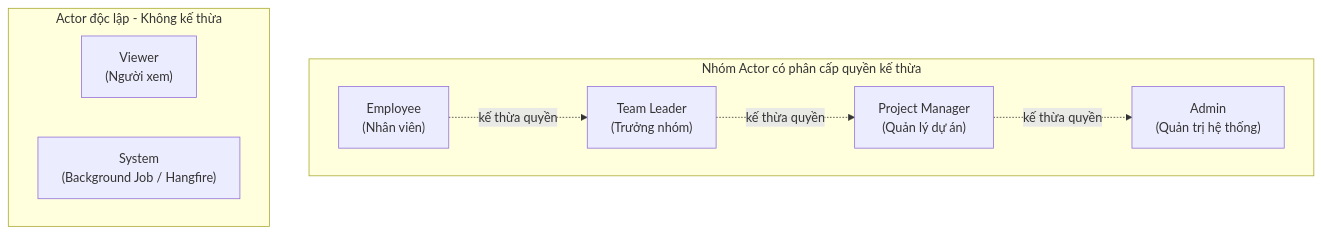
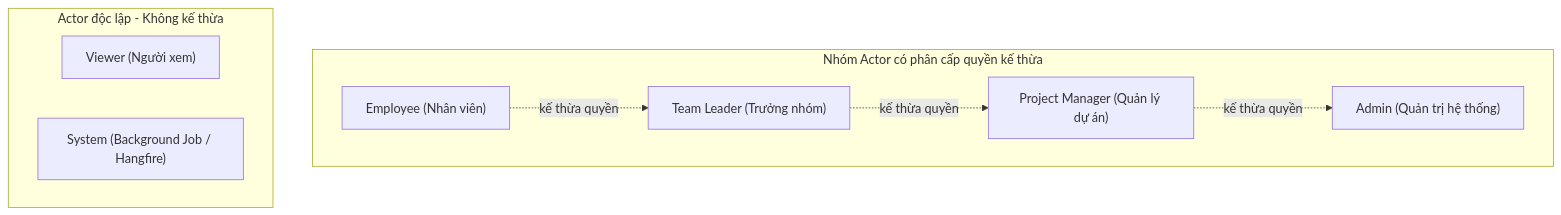
The first of 12 diagrams in document/Design_Diagrams.md (anhhthuu2404/task-management), drawn with Mermaid before and after one commit. The commit also changed other lines of this file and 6 other files, not shown here.

Commit message:
Update design diagrams and clean up old document files

````diff
--- a/document/Design_Diagrams.md
+++ b/document/Design_Diagrams.md
@@ -54,20 +57,20 @@
 ```mermaid
 flowchart TD
-    subgraph HumanActors [Nhóm Actor có phân cấp quyền kế thừa]
+    subgraph HumanActors ["Nhóm Actor có phân cấp quyền kế thừa"]
         direction LR
-        Employee["Employee<br/>(Nhân viên)"]
-        TeamLeader["Team Leader<br/>(Trưởng nhóm)"]
-        PM["Project Manager<br/>(Quản lý dự án)"]
-        Admin["Admin<br/>(Quản trị hệ thống)"]
+        Employee["Employee (Nhân viên)"]
+        TeamLeader["Team Leader (Trưởng nhóm)"]
+        PM["Project Manager (Quản lý dự án)"]
+        Admin["Admin (Quản trị hệ thống)"]
 
         Employee -.->|"kế thừa quyền"| TeamLeader
         TeamLeader -.->|"kế thừa quyền"| PM
         PM -.->|"kế thừa quyền"| Admin
     end
 
-    subgraph IndependentActors [Actor độc lập - Không kế thừa]
+    subgraph IndependentActors ["Actor độc lập - Không kế thừa"]
         direction LR
-        Viewer["Viewer<br/>(Người xem)"]
-        System["System<br/>(Background Job / Hangfire)"]
+        Viewer["Viewer (Người xem)"]
+        System["System (Background Job / Hangfire)"]
     end
 ```
````
